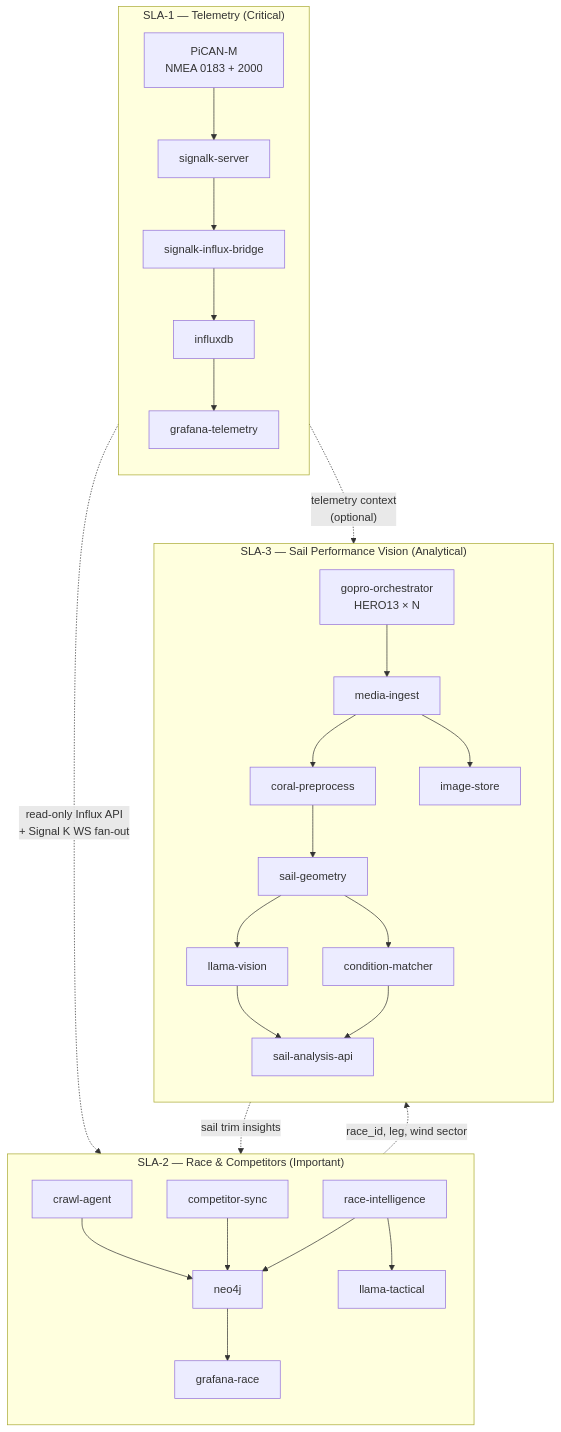
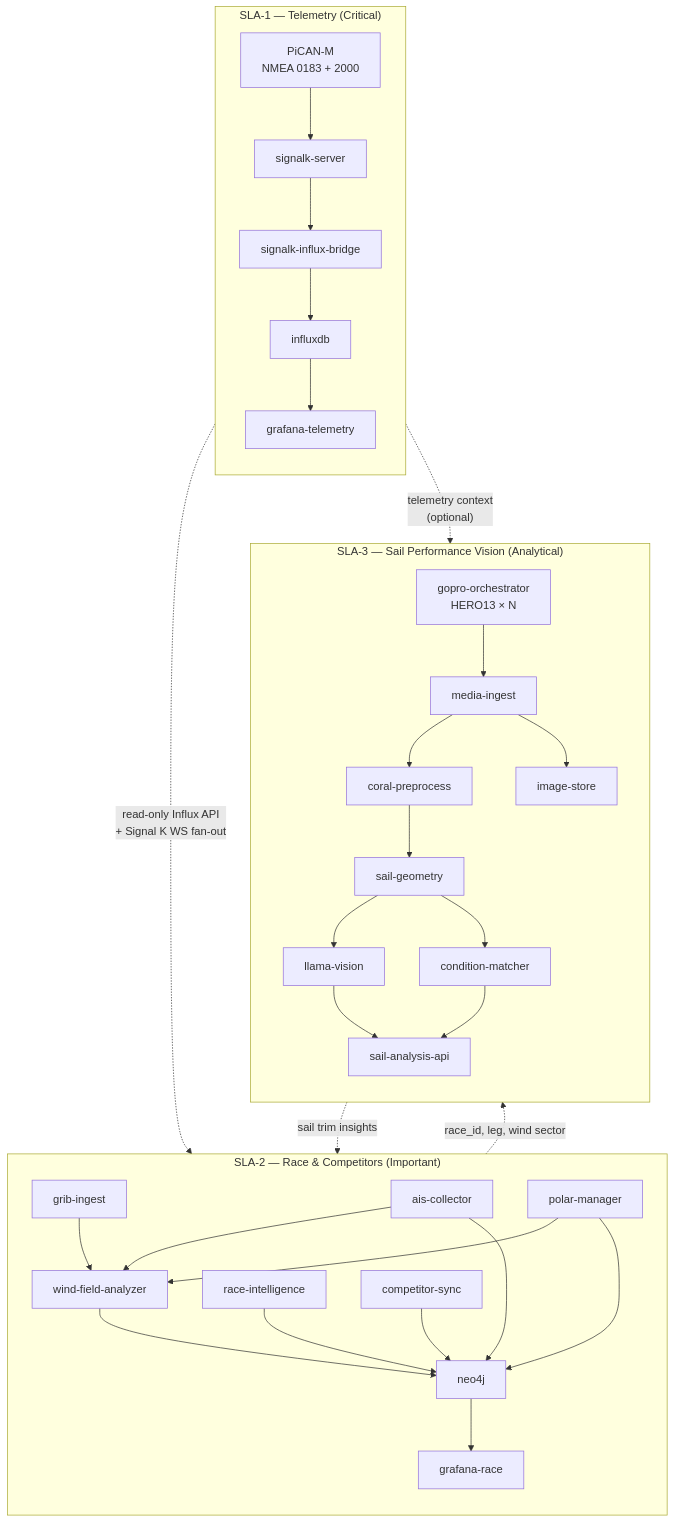
The first of 14 diagrams in spec.md (cognite-fholm/AI-sailing-system), drawn with Mermaid before and after one commit. The commit also changed other lines of this file and 3 other files, not shown here.

First line of the commit message:
Specify GRIB ingestion, polar fleet, AIS, and wind-on-course analysis.

````diff
--- a/spec.md
+++ b/spec.md
@@ -141,47 +144,53 @@
 ```mermaid
 flowchart TB
     subgraph SLA1["SLA-1 — Telemetry (Critical)"]
         direction TB
         T1_HW["PiCAN-M\nNMEA 0183 + 2000"]
         T1_SK["signalk-server"]
         T1_IFX["influxdb"]
         T1_BR["signalk-influx-bridge"]
         T1_GF["grafana-telemetry"]
         T1_HW --> T1_SK --> T1_BR --> T1_IFX --> T1_GF
     end
 
     subgraph SLA2["SLA-2 — Race & Competitors (Important)"]
         direction TB
         T2_N4J["neo4j"]
         T2_RACE["race-intelligence"]
+        T2_AIS["ais-collector"]
         T2_COMP["competitor-sync"]
-        T2_CRAWL["crawl-agent"]
-        T2_LLM["llama-tactical"]
+        T2_GRIB["grib-ingest"]
+        T2_POLAR["polar-manager"]
+        T2_WIND["wind-field-analyzer"]
         T2_GF["grafana-race"]
+        T2_GRIB --> T2_WIND
+        T2_AIS --> T2_WIND
+        T2_POLAR --> T2_WIND
         T2_RACE --> T2_N4J
+        T2_AIS --> T2_N4J
         T2_COMP --> T2_N4J
-        T2_CRAWL --> T2_N4J
-        T2_RACE --> T2_LLM
+        T2_POLAR --> T2_N4J
+        T2_WIND --> T2_N4J
         T2_N4J --> T2_GF
     end
 
     subgraph SLA3["SLA-3 — Sail Performance Vision (Analytical)"]
         direction TB
         T3_GOPRO["gopro-orchestrator\nHERO13 × N"]
         T3_CAM["media-ingest"]
         T3_CORAL["coral-preprocess"]
         T3_VLLM["llama-vision"]
         T3_GEO["sail-geometry"]
         T3_MATCH["condition-matcher"]
         T3_API["sail-analysis-api"]
         T3_STORE["image-store"]
         T3_GOPRO --> T3_CAM --> T3_CORAL --> T3_GEO --> T3_VLLM --> T3_API
         T3_GEO --> T3_MATCH --> T3_API
         T3_CAM --> T3_STORE
     end
 
     SLA1 -.->|"read-only Influx API\n+ Signal K WS fan-out"| SLA2
     SLA1 -.->|"telemetry context\n(optional)"| SLA3
     SLA2 -.->|"race_id, leg, wind sector"| SLA3
     SLA3 -.->|"sail trim insights"| SLA2
 ```
````
